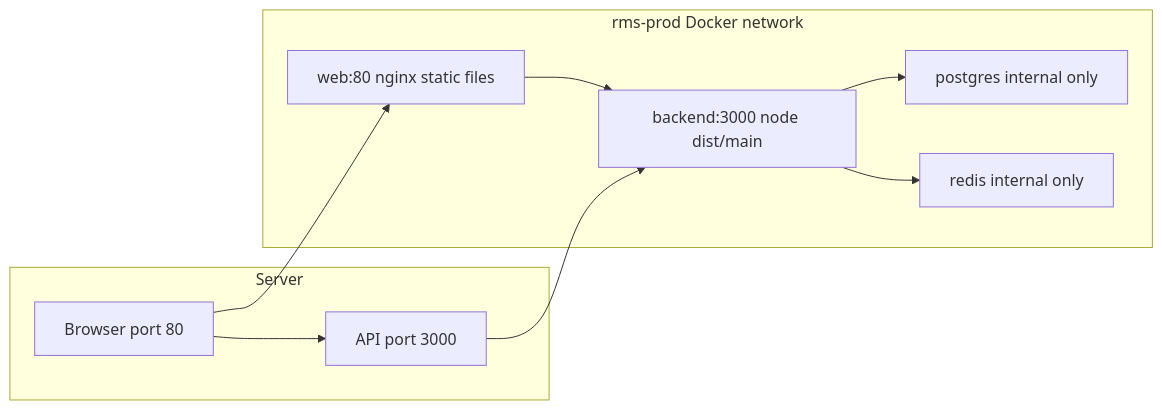
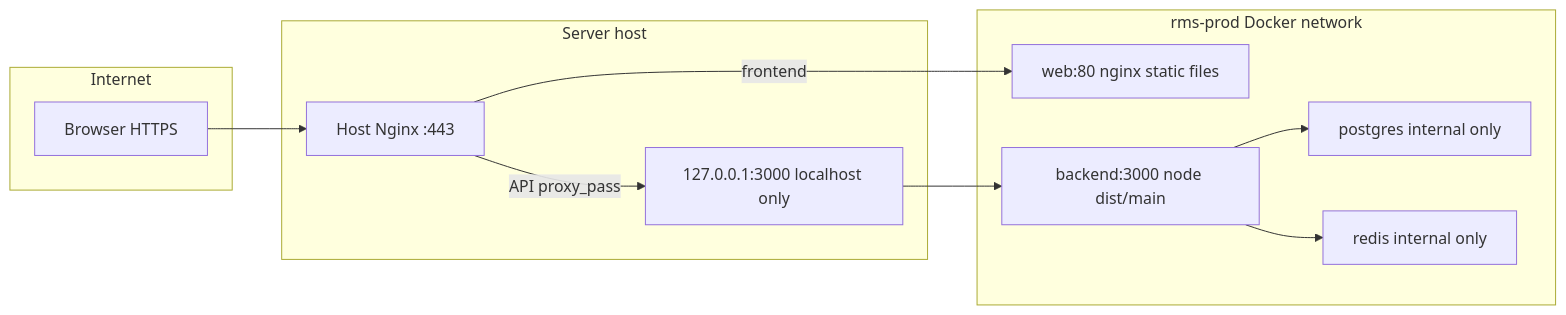
One commit to NUAM-ENTERPRISES/rms changed the second of 2 diagrams in docs/DOCKER_SETUP.md. Above: the diagram before and after it, drawn with Mermaid. The commit also changed other lines of this file and 1 other file, not shown here.

Commit message:
Security Added port changed

````diff
--- a/docs/DOCKER_SETUP.md
+++ b/docs/DOCKER_SETUP.md
@@ -85,19 +85,22 @@
 ```mermaid
 flowchart LR
-  subgraph host [Server]
-    User["Browser port 80"]
-    API["API port 3000"]
+  subgraph internet [Internet]
+    User["Browser HTTPS"]
+  end
+  subgraph host [Server host]
+    HostNginx["Host Nginx :443"]
+    BackendLocal["127.0.0.1:3000 localhost only"]
   end
   subgraph rmsProd [rms-prod Docker network]
     Nginx["web:80 nginx static files"]
     BackendProd["backend:3000 node dist/main"]
     PostgresProd["postgres internal only"]
     RedisProd["redis internal only"]
   end
-  User --> Nginx
-  User --> API
-  Nginx --> BackendProd
-  API --> BackendProd
+  User --> HostNginx
+  HostNginx -->|"frontend"| Nginx
+  HostNginx -->|"API proxy_pass"| BackendLocal
+  BackendLocal --> BackendProd
   BackendProd --> PostgresProd
   BackendProd --> RedisProd
 ```
````
